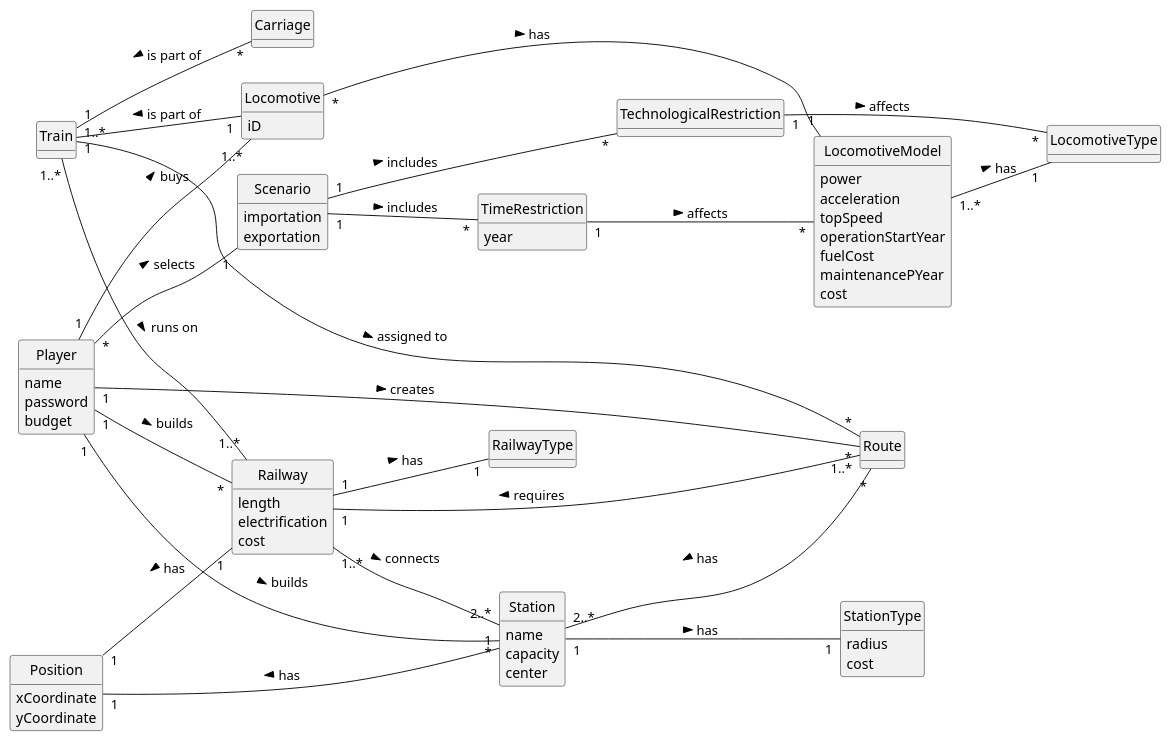
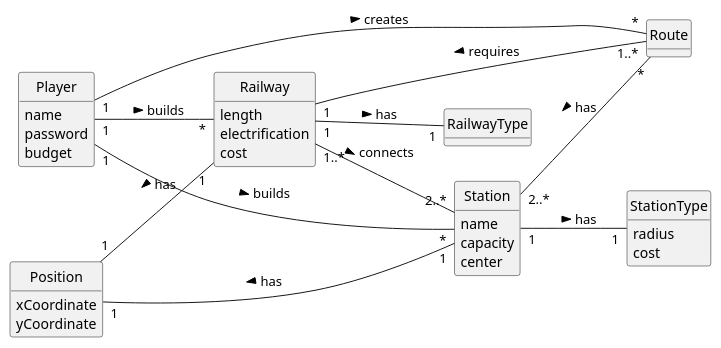
One commit to 1240935/pi2-railway-simulator changed the diagram in Sprint2/US014/02.analysis/puml/US014-DM.puml. Above: the diagram before and after it, drawn with PlantUML. The commit also changed 21 other files, not shown here.

```diff
--- a/Sprint2/US014/02.analysis/puml/US014-DM.puml
+++ b/Sprint2/US014/02.analysis/puml/US014-DM.puml
@@ -1,112 +1,63 @@
 @startuml
 skinparam monochrome true
 skinparam packageStyle rectangle
 skinparam shadowing false
 'skinparam linetype ortho
 'left to right direction
 skinparam classAttributeIconSize 0
 hide circle
 hide methods
 
 left to right direction
 
 class Player {
     name
     password
     budget
-}
-
-class Locomotive {
-    iD
-}
-
-class LocomotiveModel{
-    power
-        acceleration
-        topSpeed
-        operationStartYear
-        fuelCost
-        maintenancePYear
-        cost
-}
-
-class LocomotiveType{
 }
 
 class Route {
 }
 
 class Station {
     name
     capacity
     center
 }
 
 class StationType{
     radius
     cost
 }
 
 class Railway{
     length
     electrification
     cost
 }
 
 class RailwayType{
 }
 
 class Position{
     xCoordinate
     yCoordinate
 }
 
-class Train {
-}
 
-class Carriage{
-}
-
-class TimeRestriction{
-    year
-}
-
-class TechnologicalRestriction{
-}
-
-class Scenario{
-    importation
-    exportation
-}
-
-Player "*" -- "1" Scenario : selects >
 Player "1" -- "*" Station : builds >
 Player "1" -- "*" Route : creates >
 Player "1" -- "*" Railway : builds >
-Player "1" -- "1..*" Locomotive : buys >
-
-Scenario "1" -- "*" TechnologicalRestriction: includes >
-Scenario "1" -- "*" TimeRestriction: includes >
-
-TimeRestriction "1" -- "*" LocomotiveModel: affects >
-TechnologicalRestriction "1" -- "*" LocomotiveType: affects >
 
 Position "1" -- "1" Station: has <
 Position "1" -- "1" Railway: has <
 
 Station "2..*" -- "*" Route: has <
 Station "1" -- "1" StationType: has >
 
-Locomotive "*" -- "1" LocomotiveModel: has >
-LocomotiveModel "1..*" -- "1" LocomotiveType: has >
-
 Railway "1" -- "1..*" Route: requires <
 Railway "1..*" -- "2..*" Station : connects >
 Railway "1" -- "1" RailwayType: has >
 
-Train "1" -- "1" Locomotive: is part of <
-Train "1" -- "*" Carriage: is part of <
-Train "1..*" -- "*" Route : assigned to >
-Train "1..*" -- "1..*" Railway: runs on >
 
 @enduml
```
